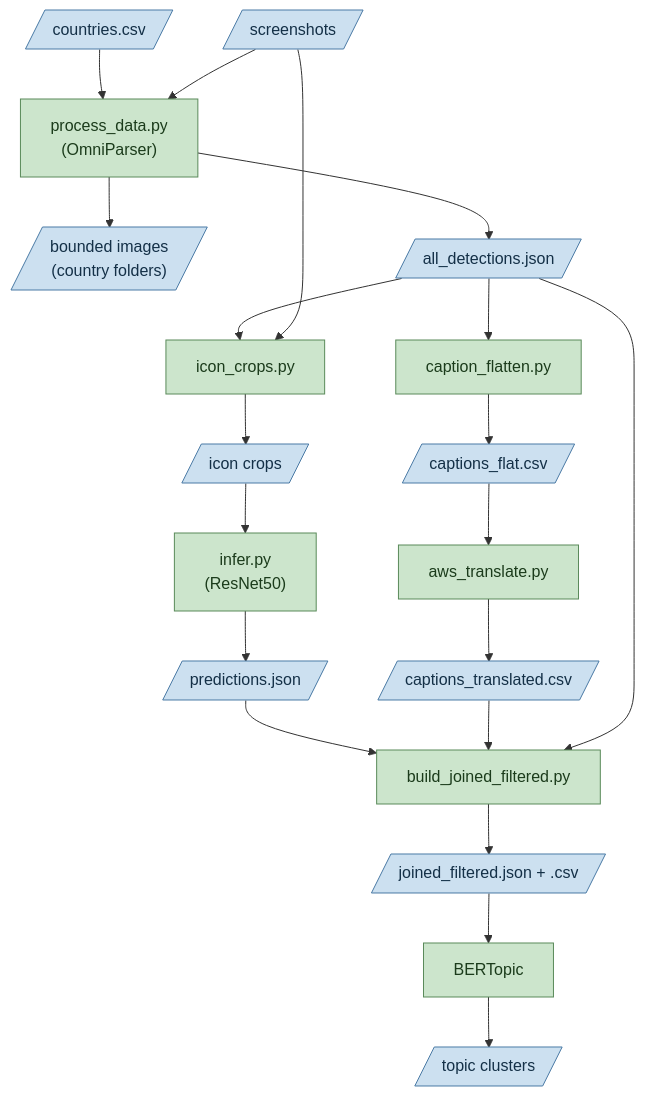
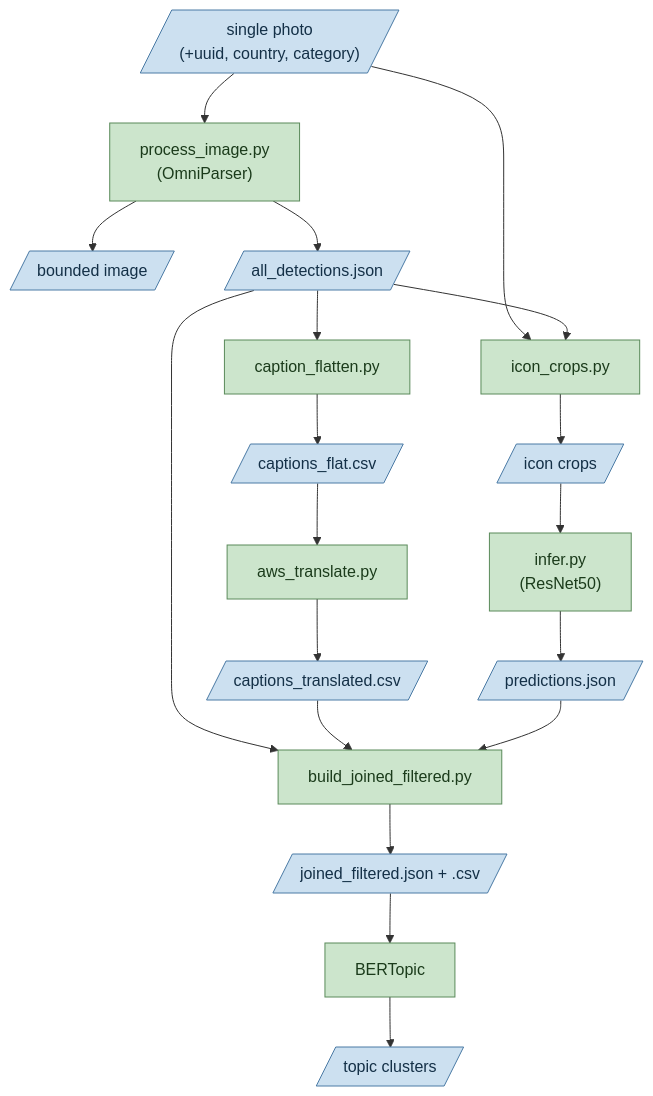
Before and after one commit to Esha-Gore/infographic_model: the diagram in README.md, drawn with Mermaid. The commit also changed other lines of this file and 5 other files, not shown here.

Commit message:
Pipeline now has single image inputs and function to use from

````diff
--- a/README.md
+++ b/README.md
@@ -5,30 +5,29 @@
 ```mermaid
 flowchart TD
-    C[/"countries.csv"/] --> P
-    S[/"screenshots"/] --> P
-    P["process_data.py<br/>(OmniParser)"] --> BI[/"bounded images<br/>(country folders)"/]
+    C[/"single photo<br/>(+uuid, country, category)"/] --> P
+    P["process_image.py<br/>(OmniParser)"] --> BI[/"bounded image"/]
     P --> AD[/"all_detections.json"/]
 
     AD --> CR["icon_crops.py"]
-    S --> CR
+    C --> CR
     CR --> CROPS[/"icon crops"/]
     CROPS --> RN["infer.py<br/>(ResNet50)"]
     RN --> PRED[/"predictions.json"/]
 
     AD --> CF["caption_flatten.py"]
     CF --> FLAT[/"captions_flat.csv"/]
     FLAT --> AWS["aws_translate.py"]
     AWS --> TRANS[/"captions_translated.csv"/]
 
     PRED --> BJ["build_joined_filtered.py"]
     TRANS --> BJ
     AD --> BJ
     BJ --> JF[/"joined_filtered.json + .csv"/]
     JF --> BT["BERTopic"]
     BT --> TOPICS[/"topic clusters"/]
 
     classDef script fill:#cce5cc,stroke:#5a8a5a,color:#1b3b1b;
     classDef data fill:#cce0f0,stroke:#4a7aa5,color:#143047;
     class P,CR,RN,CF,AWS,BJ,BT script;
-    class C,S,BI,AD,CROPS,PRED,FLAT,TRANS,JF,TOPICS data;
+    class C,BI,AD,CROPS,PRED,FLAT,TRANS,JF,TOPICS data;
 ```
````
